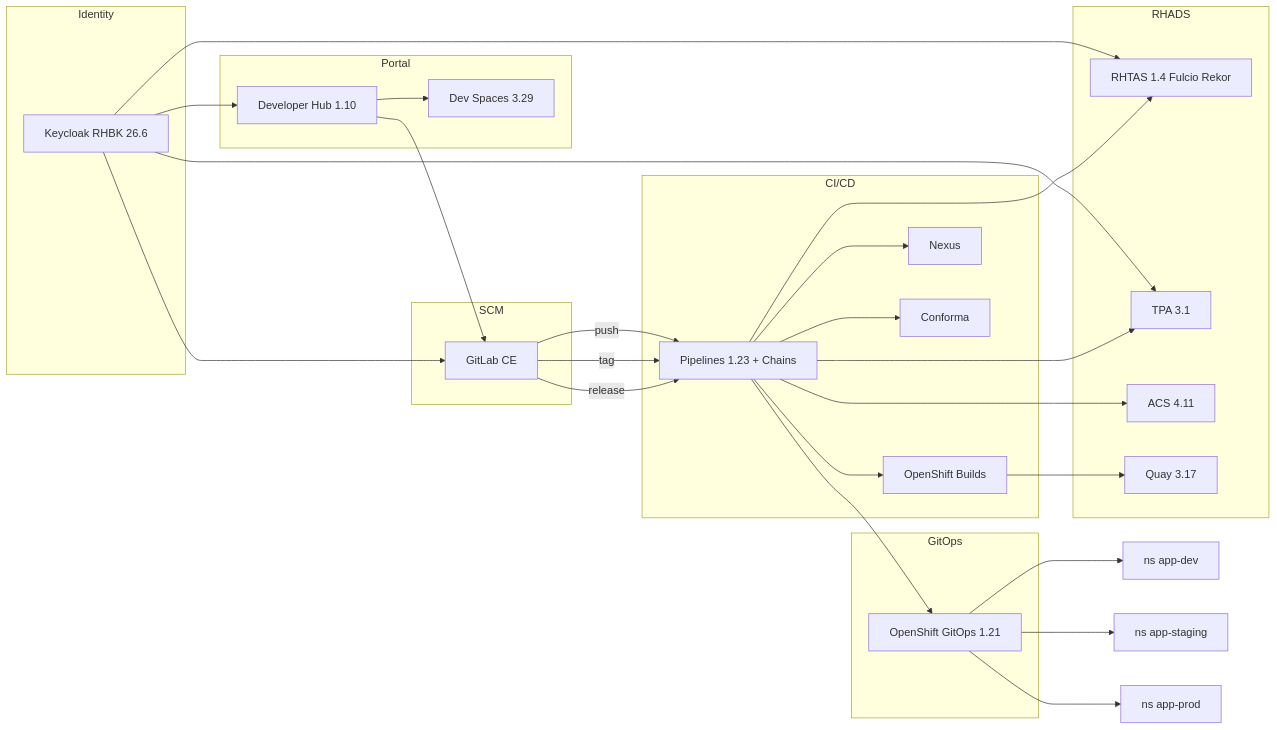
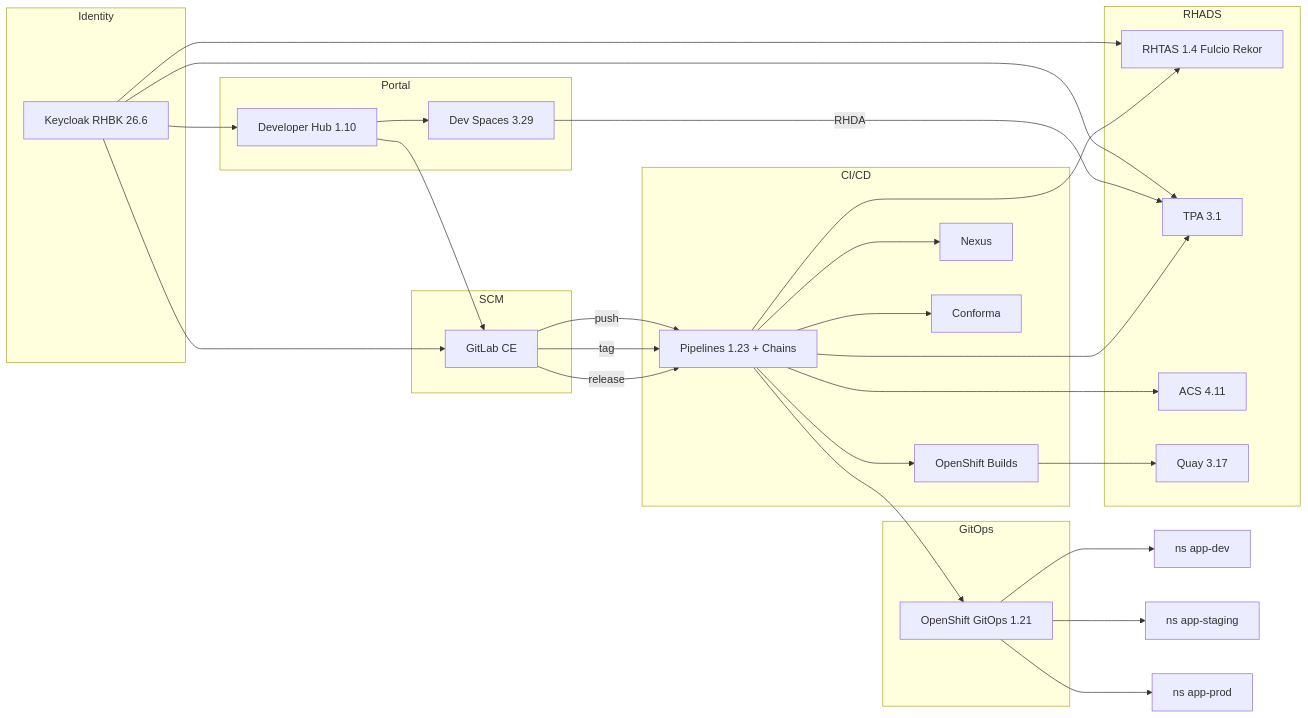
Before and after one commit to panchoraposo/demo-rhads: the diagram in docs/architecture.md, drawn with Mermaid. The commit also changed other lines of this file and 156 other files, not shown here.

````diff
--- a/docs/architecture.md
+++ b/docs/architecture.md
@@ -9,48 +9,49 @@
 ```mermaid
 flowchart LR
   subgraph idp [Identity]
     RHBK[Keycloak RHBK 26.6]
   end
   subgraph portal [Portal]
     RHDH[Developer Hub 1.10]
     DS[Dev Spaces 3.29]
   end
   subgraph scm [SCM]
     GL[GitLab CE]
   end
   subgraph gitops [GitOps]
     ACD[OpenShift GitOps 1.21]
   end
   subgraph cicd [CI/CD]
     PIPE[Pipelines 1.23 + Chains]
     BUILD[OpenShift Builds]
     NEXUS[Nexus]
     CONF[Conforma]
   end
   subgraph rhads [RHADS]
     TAS[RHTAS 1.4 Fulcio Rekor]
     TPA[TPA 3.1]
     ACS[ACS 4.11]
     QUAY[Quay 3.17]
   end
   RHBK --> RHDH
   RHBK --> GL
   RHBK --> TAS
   RHBK --> TPA
   RHDH --> GL
   RHDH --> DS
+  DS -->|RHDA| TPA
   GL -->|push| PIPE
   GL -->|tag| PIPE
   GL -->|release| PIPE
   PIPE --> BUILD
   BUILD --> QUAY
   PIPE --> NEXUS
   PIPE --> TAS
   PIPE --> TPA
   PIPE --> ACS
   PIPE --> CONF
   PIPE --> ACD
   ACD --> DEV[ns app-dev]
   ACD --> STG[ns app-staging]
   ACD --> PRD[ns app-prod]
 ```
````
